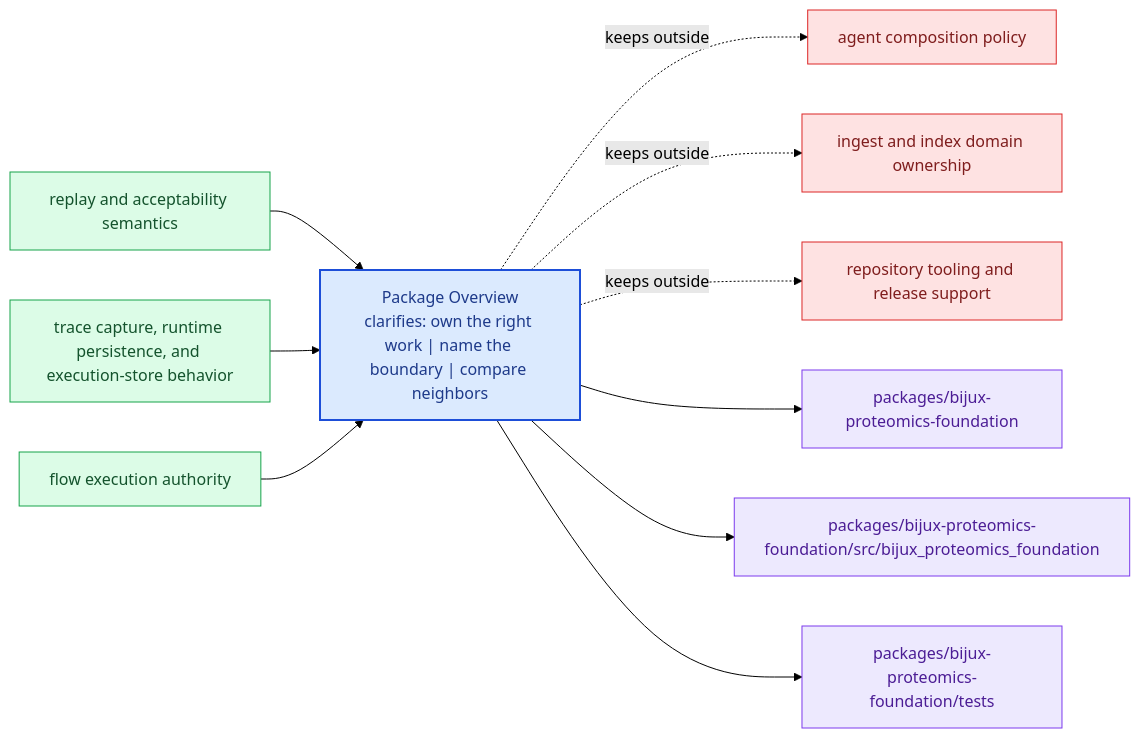
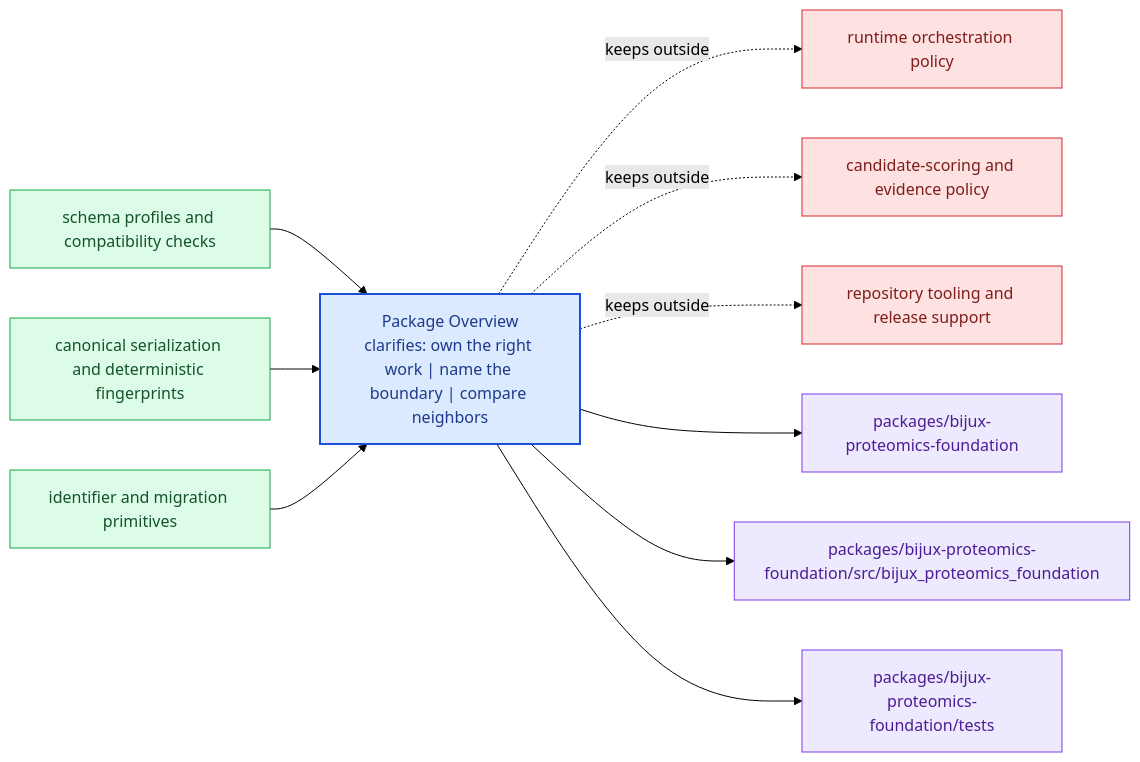
One commit to bijux/bijux-proteomics changed the diagram in docs/bijux-proteomics-foundation/foundation/package-overview.md. Above: the diagram before and after it, drawn with Mermaid (forest theme). The commit also changed other lines of this file and 24 other files, not shown here.

Commit message:
docs(bijux-proteomics-foundation): align package handbook to schema and serialization ownership

````diff
--- a/docs/bijux-proteomics-foundation/foundation/package-overview.md
+++ b/docs/bijux-proteomics-foundation/foundation/package-overview.md
@@ -23,31 +25,31 @@
 ```mermaid
 flowchart LR
     page["Package Overview<br/>clarifies: own the right work | name the boundary | compare neighbors"]
     classDef page fill:#dbeafe,stroke:#1d4ed8,color:#1e3a8a,stroke-width:2px;
     classDef positive fill:#dcfce7,stroke:#16a34a,color:#14532d;
     classDef caution fill:#fee2e2,stroke:#dc2626,color:#7f1d1d;
     classDef anchor fill:#ede9fe,stroke:#7c3aed,color:#4c1d95;
     classDef action fill:#fef3c7,stroke:#d97706,color:#7c2d12;
-    own1["replay and acceptability semantics"]
+    own1["schema profiles and compatibility checks"]
     own1 --> page
-    own2["trace capture, runtime persistence, and execution-store behavior"]
+    own2["canonical serialization and deterministic fingerprints"]
     own2 --> page
-    own3["flow execution authority"]
+    own3["identifier and migration primitives"]
     own3 --> page
-    limit1["agent composition policy"]
+    limit1["runtime orchestration policy"]
     page -.keeps outside.-> limit1
-    limit2["ingest and index domain ownership"]
+    limit2["candidate-scoring and evidence policy"]
     page -.keeps outside.-> limit2
     limit3["repository tooling and release support"]
     page -.keeps outside.-> limit3
     anchor1["packages/bijux-proteomics-foundation"]
     page --> anchor1
     anchor2["packages/bijux-proteomics-foundation/src/bijux_proteomics_foundation"]
     page --> anchor2
     anchor3["packages/bijux-proteomics-foundation/tests"]
     page --> anchor3
     class page page;
     class own1,own2,own3 positive;
     class limit1,limit2,limit3 caution;
     class anchor1,anchor2,anchor3 anchor;
 ```
````
